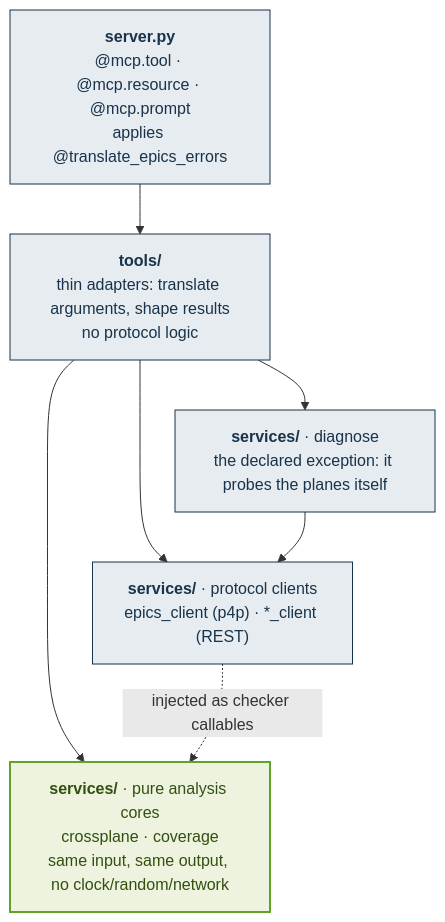
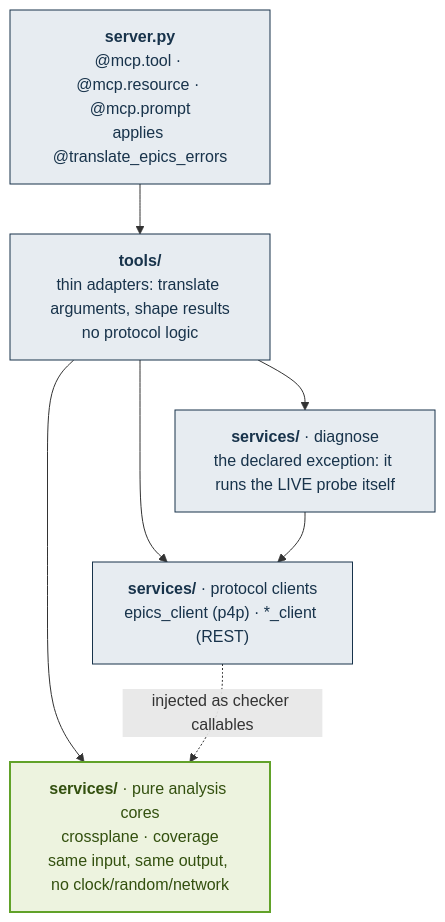
Before and after one commit to epicDirk/EPICS-MCP: the first of 2 diagrams in ARCHITECTURE.md, drawn with Mermaid. The commit also changed other lines of this file and 4 other files, not shown here.

````diff
--- a/ARCHITECTURE.md
+++ b/ARCHITECTURE.md
@@ -10,22 +10,22 @@
 ```mermaid
 graph TD
     A["<b>server.py</b><br/>@mcp.tool · @mcp.resource · @mcp.prompt<br/>applies @translate_epics_errors"]
     B["<b>tools/</b><br/>thin adapters: translate arguments, shape results<br/>no protocol logic"]
     C["<b>services/</b> · pure analysis cores<br/>crossplane · coverage<br/>same input, same output, no clock/random/network"]
     D["<b>services/</b> · protocol clients<br/>epics_client (p4p) · *_client (REST)"]
-    E["<b>services/</b> · diagnose<br/>the declared exception: it probes the planes itself"]
+    E["<b>services/</b> · diagnose<br/>the declared exception: it runs the LIVE probe itself"]
 
     A --> B
     B --> C
     B --> D
     B --> E
     E --> D
     D -. "injected as checker callables" .-> C
 
     %% EPICS palette: #18334B is the single colour of the official EPICS logo, the greens and
     %% grey-blues are taken from epics-controls.org (link, button and secondary-text colours).
     classDef layer fill:#E7ECF1,stroke:#18334B,stroke-width:1px,color:#18334B
     classDef core fill:#EDF3DF,stroke:#61A229,stroke-width:2px,color:#33500F
     class A,B,D,E layer
     class C core
 ```
````
